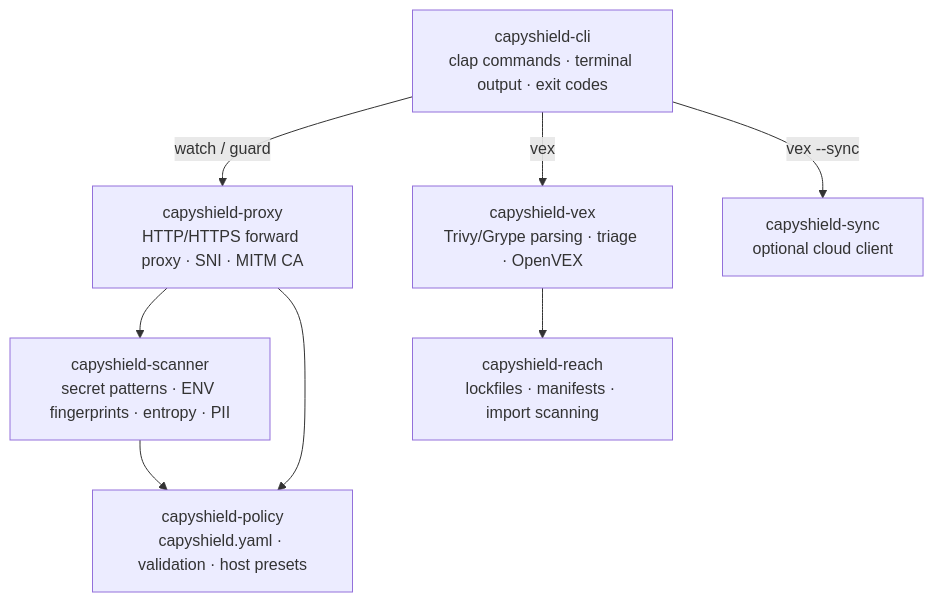
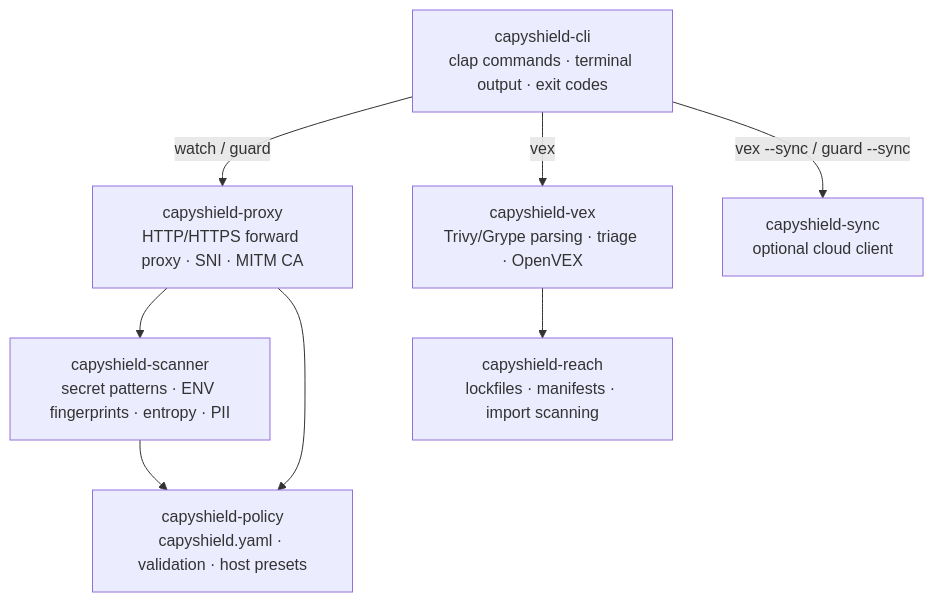
One commit to capyshield-hq/capyshield changed the first of 10 diagrams in docs/how-it-works.md. Above: the diagram before and after it, drawn with Mermaid. The commit also changed other lines of this file and 21 other files, not shown here.

Commit message:
feat(guard): add guard --sync, strip Cloud token, move tests to tests/, bump to 0.2.0

````diff
--- a/docs/how-it-works.md
+++ b/docs/how-it-works.md
@@ -20,18 +20,18 @@
 ```mermaid
 flowchart TB
     cli["capyshield-cli<br/>clap commands · terminal output · exit codes"]
     policy["capyshield-policy<br/>capyshield.yaml · validation · host presets"]
     scanner["capyshield-scanner<br/>secret patterns · ENV fingerprints · entropy · PII"]
     proxy["capyshield-proxy<br/>HTTP/HTTPS forward proxy · SNI · MITM CA"]
     reach["capyshield-reach<br/>lockfiles · manifests · import scanning"]
     vex["capyshield-vex<br/>Trivy/Grype parsing · triage · OpenVEX"]
     sync["capyshield-sync<br/>optional cloud client"]
 
     cli -->|watch / guard| proxy
     cli -->|vex| vex
-    cli -->|vex --sync| sync
+    cli -->|vex --sync / guard --sync| sync
     proxy --> scanner
     proxy --> policy
     scanner --> policy
     vex --> reach
 ```
````
